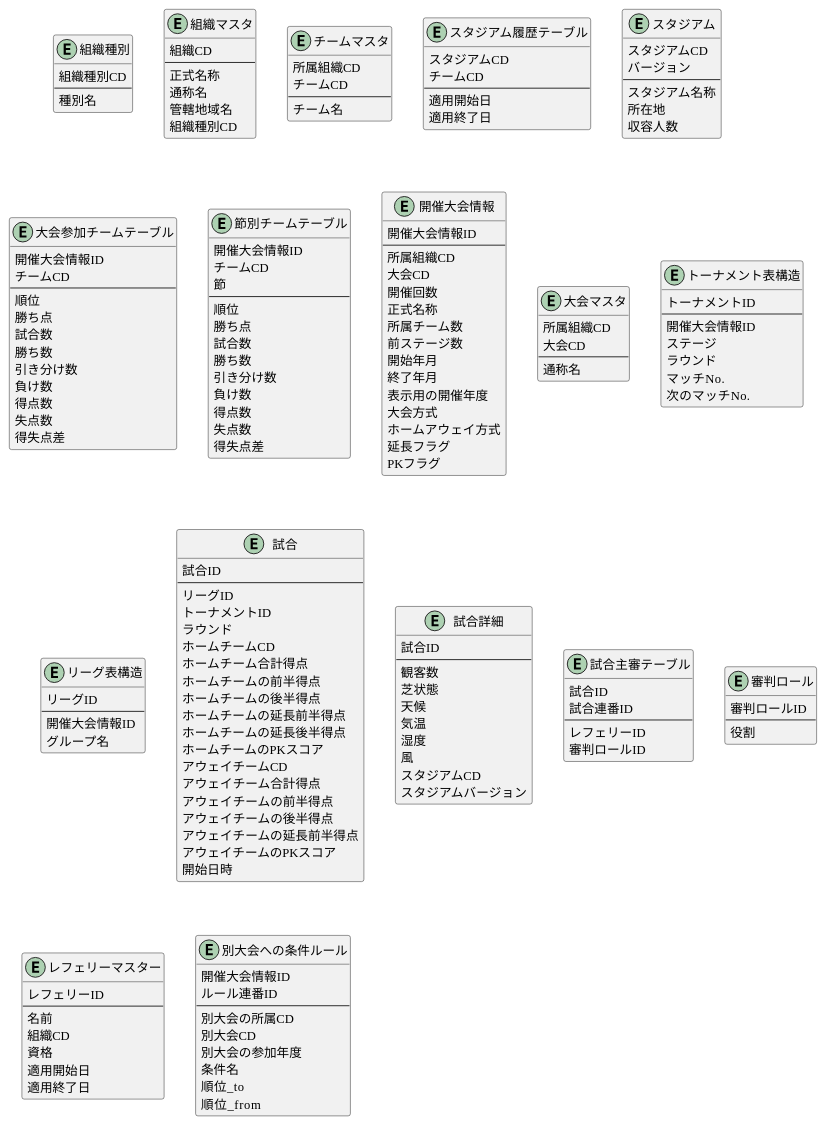
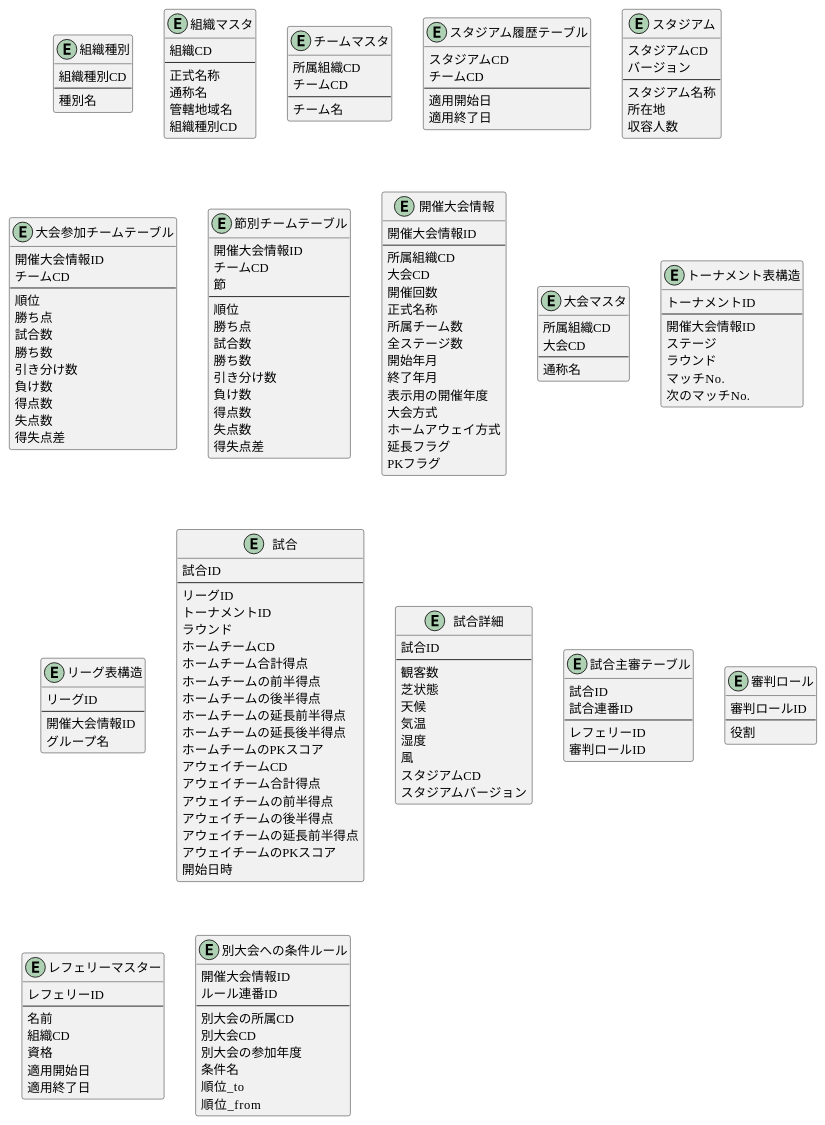
One commit to LCC-SYamada/SocckerDB_PlantUML changed the diagram in soccker_db.puml. Above: the diagram before and after it, drawn with PlantUML.

Commit message:
文言を修正

```diff
--- a/soccker_db.puml
+++ b/soccker_db.puml
@@ -1,187 +1,187 @@
 @startuml
 
 Entity "組織種別" as OrganizationType {
   組織種別CD
   --
   種別名
 }
 
 Entity "組織マスタ" as Organization {
   組織CD
   --
   正式名称
   通称名
   管轄地域名
   組織種別CD
 }
 
 Entity "チームマスタ" as Team {
   所属組織CD
   チームCD
   --
   チーム名
 }
 
 Entity "スタジアム履歴テーブル" as StadiumHistory {
   スタジアムCD
   チームCD
   --
   適用開始日
   適用終了日
 }
 
 Entity "スタジアム" as Stadium {
   スタジアムCD
   バージョン
   --
   スタジアム名称
   所在地
   収容人数
 }
 
 Entity "大会参加チームテーブル" as SeaSonTournament {
   開催大会情報ID
   チームCD
   --
   順位
   勝ち点
   試合数
   勝ち数
   引き分け数
   負け数
   得点数
   失点数
   得失点差  
 }
 
 Entity "節別チームテーブル" as MatchDayRank {
   開催大会情報ID
   チームCD
   節
   --
   順位
   勝ち点
   試合数
   勝ち数
   引き分け数
   負け数
   得点数
   失点数
   得失点差  
 }
 
 Entity "開催大会情報" as TournamentInfo {
   開催大会情報ID
   --
   所属組織CD
   大会CD
   開催回数
   正式名称
   所属チーム数
-  前ステージ数
+  全ステージ数
   開始年月
   終了年月
   表示用の開催年度
   大会方式
   ホームアウェイ方式
   延長フラグ
   PKフラグ
 }
 
 Entity "大会マスタ" as Tournament {
   所属組織CD
   大会CD
   --
   通称名
 }
 
 Entity "トーナメント表構造" as TournamentTable {
   トーナメントID
   --
   開催大会情報ID
   ステージ
   ラウンド
   マッチNo.
   次のマッチNo.
 }
 
 Entity "リーグ表構造" as LeagueTable {
   リーグID
   --
   開催大会情報ID
   グループ名
 }
 
 Entity "試合" as Match {
   試合ID
   --
   リーグID
   トーナメントID
   ラウンド
   ホームチームCD
   ホームチーム合計得点
   ホームチームの前半得点
   ホームチームの後半得点
   ホームチームの延長前半得点
   ホームチームの延長後半得点
   ホームチームのPKスコア
   アウェイチームCD
   アウェイチーム合計得点
   アウェイチームの前半得点
   アウェイチームの後半得点
   アウェイチームの延長前半得点
   アウェイチームのPKスコア
   開始日時
 }
 
 Entity "試合詳細" as MatchInfo {
   試合ID
   --
   観客数
   芝状態
   天候
   気温
   湿度
   風
   スタジアムCD
   スタジアムバージョン
 }
 
 Entity "試合主審テーブル" as MatchReferee {
   試合ID
   試合連番ID
   --
   レフェリーID
   審判ロールID
 }
 
 Entity "審判ロール" as RefereeRole {
   審判ロールID
   --
   役割
 }
 
 Entity "レフェリーマスター" as Referee {
   レフェリーID
   --
   名前
   組織CD
   資格
   適用開始日
   適用終了日
 }
 
 
 Entity "別大会への条件ルール" as TournamentDetail {
   開催大会情報ID
   ルール連番ID
   --
   別大会の所属CD
   別大会CD
   別大会の参加年度
   条件名
   順位_to
   順位_from
 }
 
 @enduml
```
